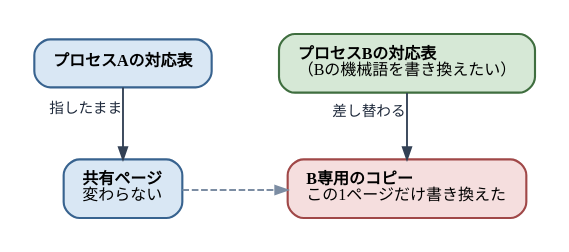
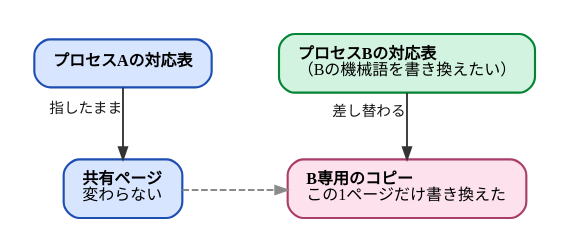
Before and after one commit to ymotongpoo/zenn.dev: the diagram in diagrams/go-ebpf-primer/20260820-cow-page-swap.dot, drawn with Graphviz. The commit also changed 111 other files, not shown here.

First line of the commit message:
change(go-ebpf-primer): 図の配色をGrafana Labsブランドガイド準拠に更新

```diff
--- a/diagrams/go-ebpf-primer/20260820-cow-page-swap.dot
+++ b/diagrams/go-ebpf-primer/20260820-cow-page-swap.dot
@@ -1,34 +1,34 @@
 // コピーオンライトによるページの差し替え
 digraph cow_page_swap {
   graph [
     rankdir=TB, splines=ortho,
     nodesep=0.7, ranksep=0.7,
     fontname="IBM Plex Sans JP", fontsize=13,
     bgcolor="white", pad=0.25
   ];
   node [
     fontname="IBM Plex Sans JP", fontsize=12,
     shape=box, style="rounded,filled",
-    fillcolor="#F1F5F9", color="#475569", penwidth=1.6,
+    fillcolor="#F1F1F1", color="#4A4A4A", penwidth=1.6,
     margin="0.2,0.14"
   ];
   edge [
     fontname="IBM Plex Sans JP", fontsize=11,
-    color="#334155", penwidth=1.4, arrowsize=0.9,
-    fontcolor="#1E293B"
+    color="#343434", penwidth=1.4, arrowsize=0.9,
+    fontcolor="#171717"
   ];
 
-  pa [label=<<b>プロセスAの対応表</b>>, fillcolor="#D9E7F4", color="#38638F"];
-  pb [label=<<b>プロセスBの対応表</b><br align="left"/>（Bの機械語を書き換えたい）<br align="left"/>>, fillcolor="#D6E8D6", color="#3F6E3F"];
+  pa [label=<<b>プロセスAの対応表</b>>, fillcolor="#D8E5FF", color="#1D4EB2"];
+  pb [label=<<b>プロセスBの対応表</b><br align="left"/>（Bの機械語を書き換えたい）<br align="left"/>>, fillcolor="#D2F3DF", color="#038435"];
 
-  orig [label=<<b>共有ページ</b><br align="left"/>変わらない<br align="left"/>>, fillcolor="#D9E7F4", color="#38638F"];
-  copy [label=<<b>B専用のコピー</b><br align="left"/>この1ページだけ書き換えた<br align="left"/>>, fillcolor="#F5DEDE", color="#A04848"];
+  orig [label=<<b>共有ページ</b><br align="left"/>変わらない<br align="left"/>>, fillcolor="#D8E5FF", color="#1D4EB2"];
+  copy [label=<<b>B専用のコピー</b><br align="left"/>この1ページだけ書き換えた<br align="left"/>>, fillcolor="#FDE1EC", color="#AA3E6A"];
 
   { rank=same; pa; pb; }
   pa -> pb [style=invis];
   { rank=same; orig; copy; }
 
   pa -> orig [xlabel="指したまま"];
   pb -> copy [xlabel="差し替わる"];
-  orig -> copy [style=dashed, color="#7C8DA3", constraint=false];
+  orig -> copy [style=dashed, color="#8A8A8A", constraint=false];
 }
```
